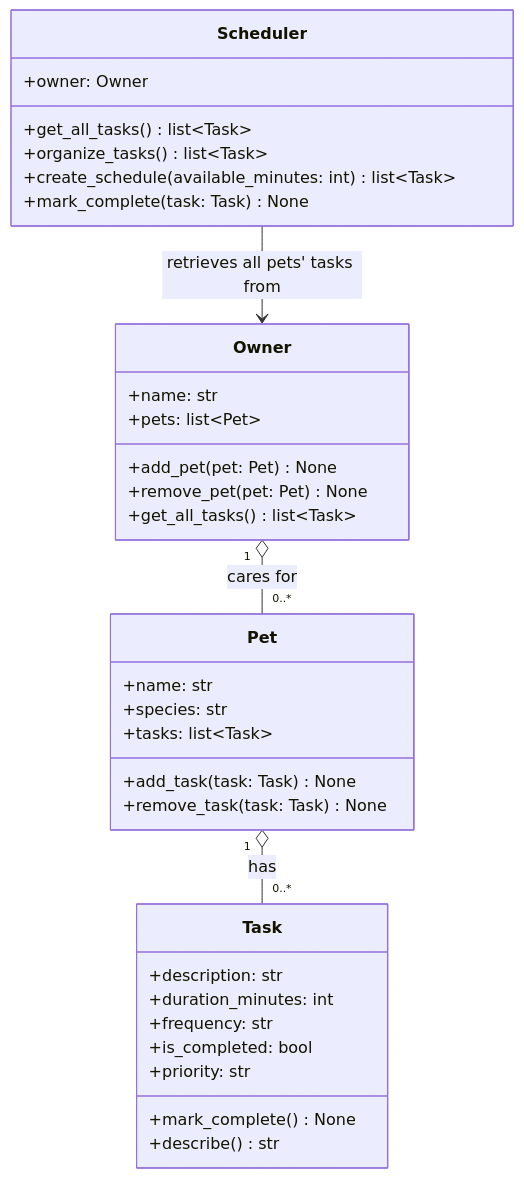
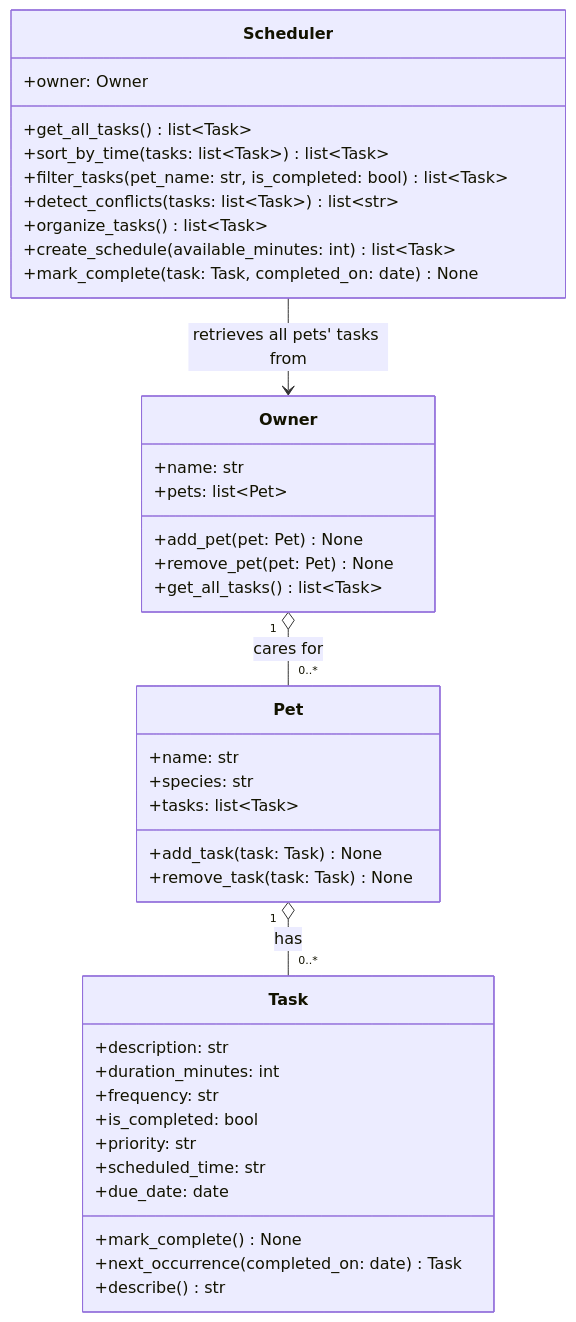
One commit to ugiagbeanthony/ai110-module2show-pawpal-starter changed the diagram in diagrams/uml_draft.mmd. Above: the diagram before and after it, drawn with Mermaid. The commit also changed 6 other files, not shown here.

```diff
--- a/diagrams/uml_draft.mmd
+++ b/diagrams/uml_draft.mmd
@@ -1,38 +1,44 @@
 classDiagram
     class Task {
         +description: str
         +duration_minutes: int
         +frequency: str
         +is_completed: bool
         +priority: str
+        +scheduled_time: str
+        +due_date: date
         +mark_complete() None
+        +next_occurrence(completed_on: date) Task
         +describe() str
     }
 
     class Pet {
         +name: str
         +species: str
         +tasks: list~Task~
         +add_task(task: Task) None
         +remove_task(task: Task) None
     }
 
     class Owner {
         +name: str
         +pets: list~Pet~
         +add_pet(pet: Pet) None
         +remove_pet(pet: Pet) None
         +get_all_tasks() list~Task~
     }
 
     class Scheduler {
         +owner: Owner
         +get_all_tasks() list~Task~
+        +sort_by_time(tasks: list~Task~) list~Task~
+        +filter_tasks(pet_name: str, is_completed: bool) list~Task~
+        +detect_conflicts(tasks: list~Task~) list~str~
         +organize_tasks() list~Task~
         +create_schedule(available_minutes: int) list~Task~
-        +mark_complete(task: Task) None
+        +mark_complete(task: Task, completed_on: date) None
     }
 
     Owner "1" o-- "0..*" Pet : cares for
     Pet "1" o-- "0..*" Task : has
     Scheduler --> Owner : retrieves all pets' tasks from
```
